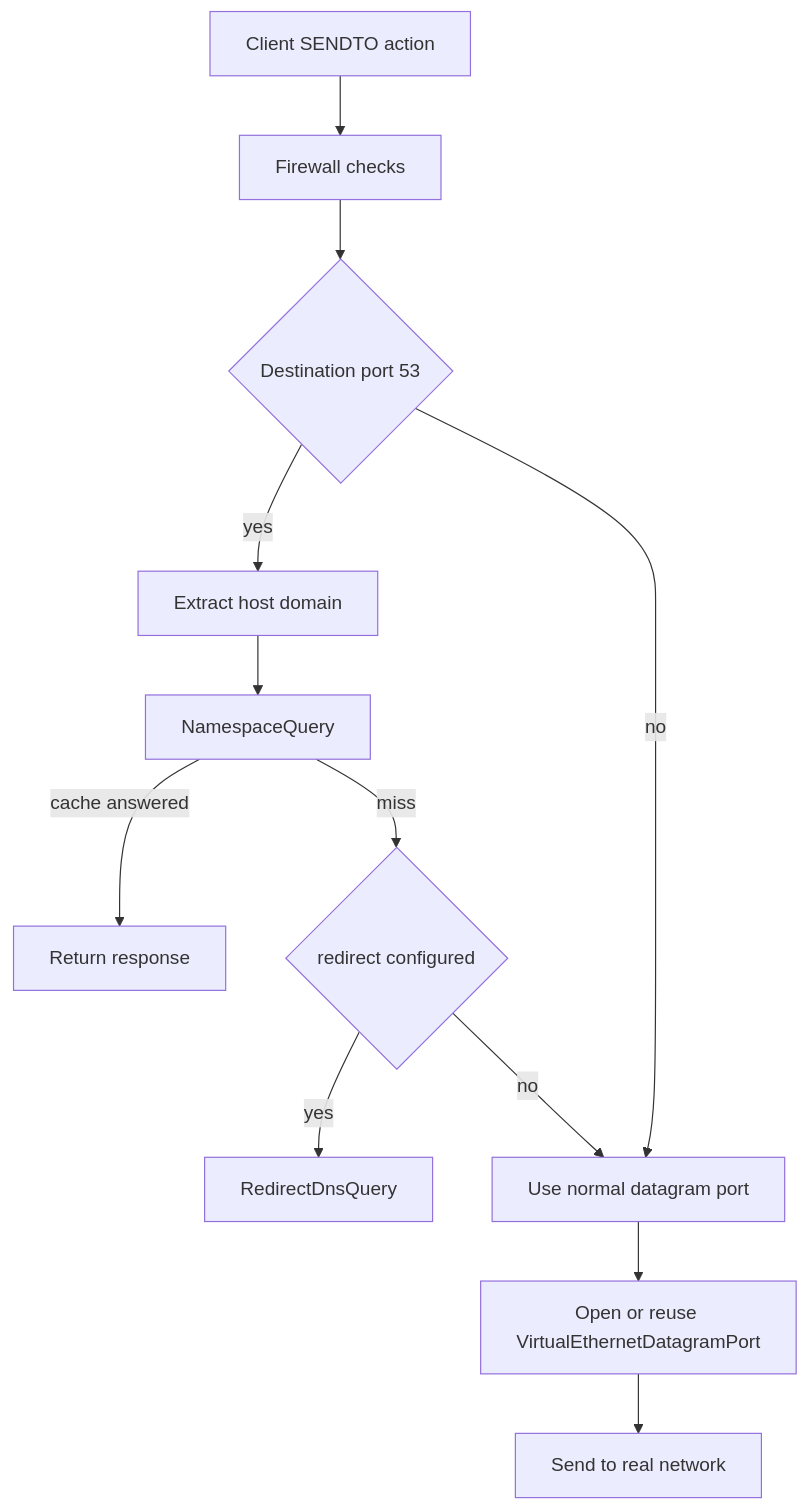
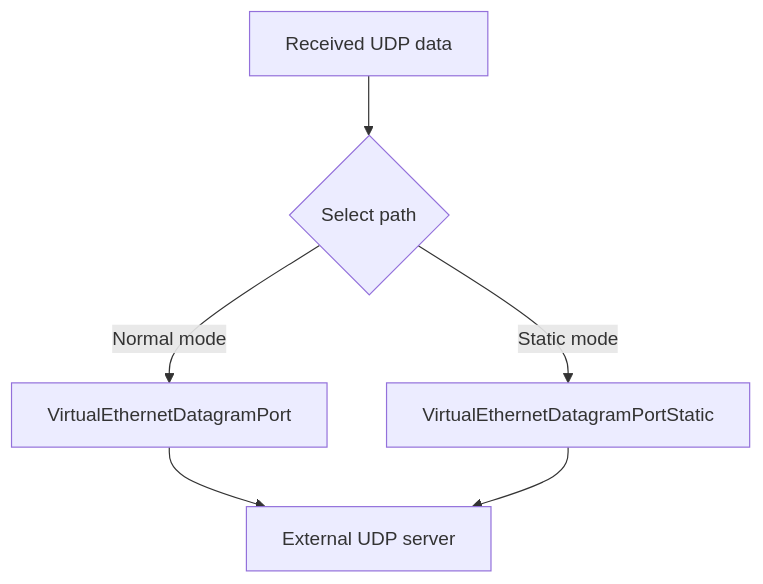
The fifth of 11 diagrams in docs/SERVER_ARCHITECTURE.md (HyacinthHaru/openppp2), drawn with Mermaid before and after one commit. The commit also changed other lines of this file and 31 other files, not shown here.

````diff
--- a/docs/SERVER_ARCHITECTURE.md
+++ b/docs/SERVER_ARCHITECTURE.md
@@ -322,14 +202,8 @@
 ```mermaid
 flowchart TD
-    A[Client SENDTO action] --> B[Firewall checks]
-    B --> C{Destination port 53}
-    C -- yes --> D[Extract host domain]
-    D --> E[NamespaceQuery]
-    E -->|cache answered| F[Return response]
-    E -->|miss| G{redirect configured}
-    G -- yes --> H[RedirectDnsQuery]
-    G -- no --> I[Use normal datagram port]
-    C -- no --> I
-    I --> J[Open or reuse VirtualEthernetDatagramPort]
-    J --> K[Send to real network]
+    A[Received UDP data] --> B{Select path}
+    B -->|Normal mode| C[VirtualEthernetDatagramPort]
+    B -->|Static mode| D[VirtualEthernetDatagramPortStatic]
+    C --> E[External UDP server]
+    D --> E
 ```
````
